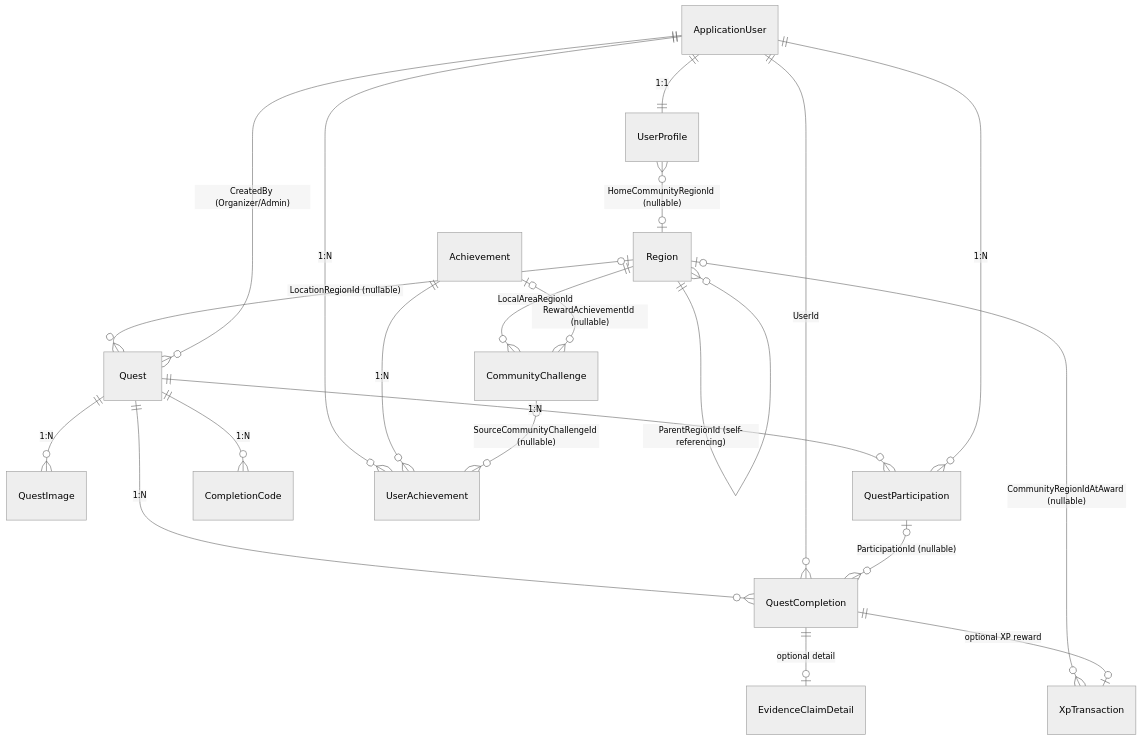
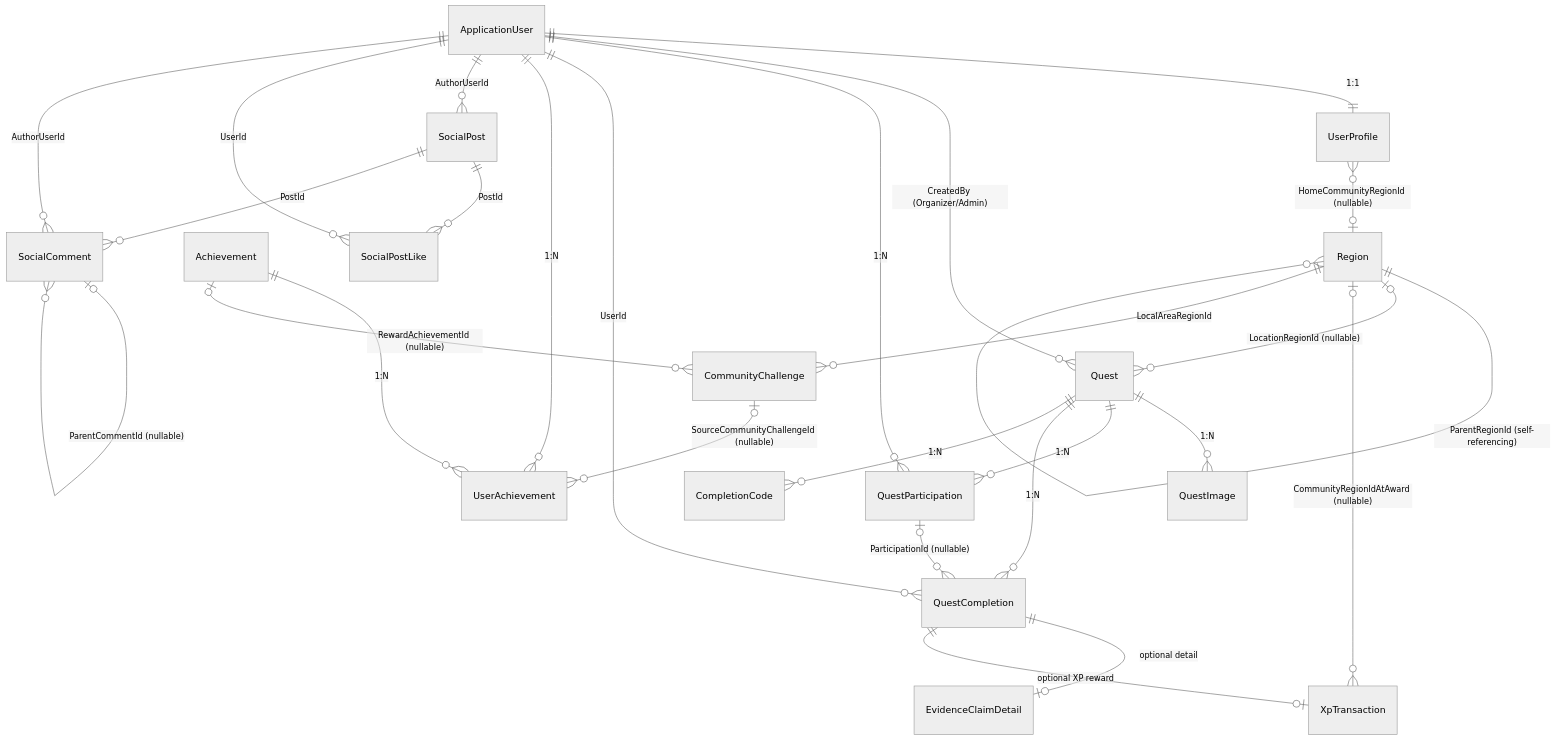
Before and after one commit to Zephyr724/msa2026: the diagram in specs/architecture/02-core-domain-data-model.md, drawn with Mermaid (neutral theme). The commit also changed other lines of this file and 44 other files, not shown here.

````diff
--- a/specs/architecture/02-core-domain-data-model.md
+++ b/specs/architecture/02-core-domain-data-model.md
@@ -25,27 +25,34 @@
 ```mermaid
 erDiagram
     ApplicationUser ||--|| UserProfile : "1:1"
     UserProfile }o--o| Region : "HomeCommunityRegionId (nullable)"
     Region ||--o{ Region : "ParentRegionId (self-referencing)"
     Region o|--o{ Quest : "LocationRegionId (nullable)"
     Region o|--o{ XpTransaction : "CommunityRegionIdAtAward (nullable)"
     Region ||--o{ CommunityChallenge : "LocalAreaRegionId"
     
     ApplicationUser ||--o{ Quest : "CreatedBy (Organizer/Admin)"
     Quest ||--o{ QuestImage : "1:N"
     Quest ||--o{ QuestParticipation : "1:N"
     Quest ||--o{ QuestCompletion : "1:N"
     Quest ||--o{ CompletionCode : "1:N"
     
     ApplicationUser ||--o{ QuestParticipation : "1:N"
     ApplicationUser ||--o{ QuestCompletion : "UserId"
     QuestParticipation o|--o{ QuestCompletion : "ParticipationId (nullable)"
     
     QuestCompletion ||--o| EvidenceClaimDetail : "optional detail"
     QuestCompletion ||--o| XpTransaction : "optional XP reward"
     
     ApplicationUser ||--o{ UserAchievement : "1:N"
     Achievement ||--o{ UserAchievement : "1:N"
     Achievement o|--o{ CommunityChallenge : "RewardAchievementId (nullable)"
     CommunityChallenge o|--o{ UserAchievement : "SourceCommunityChallengeId (nullable)"
+
+    ApplicationUser ||--o{ SocialPost : "AuthorUserId"
+    ApplicationUser ||--o{ SocialPostLike : "UserId"
+    ApplicationUser ||--o{ SocialComment : "AuthorUserId"
+    SocialPost ||--o{ SocialPostLike : "PostId"
+    SocialPost ||--o{ SocialComment : "PostId"
+    SocialComment o|--o{ SocialComment : "ParentCommentId (nullable)"
 ```
````
